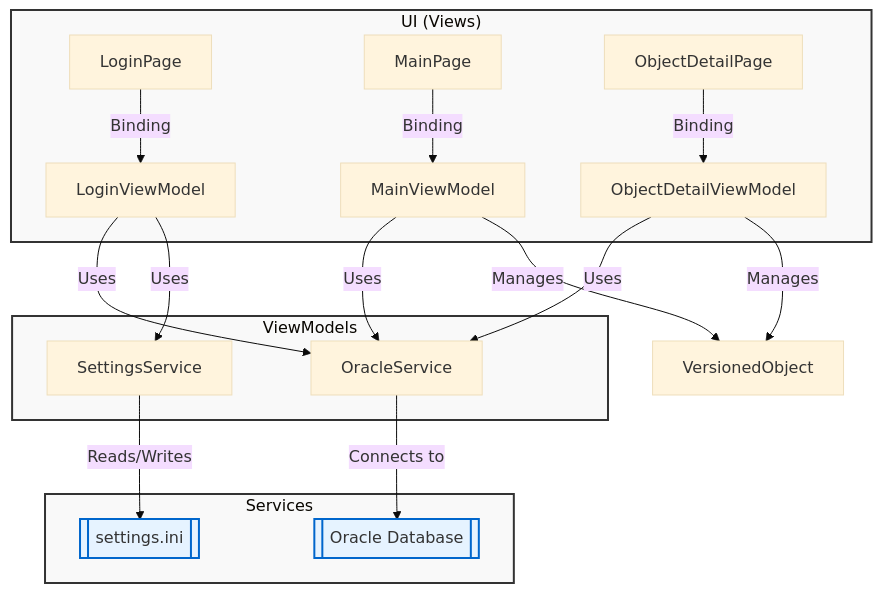
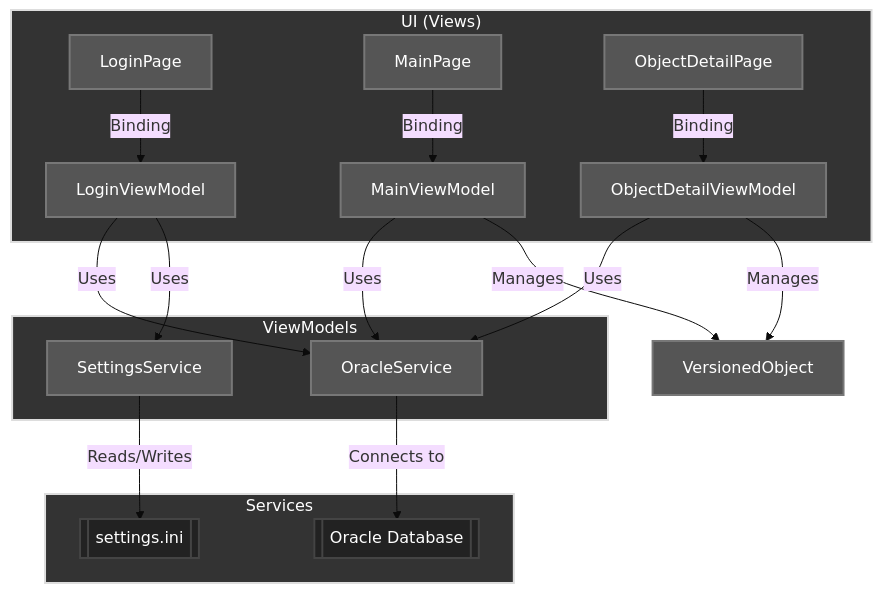
One commit to Alexsander092/Database-Team-Coding changed the diagram in README.md. Above: the diagram before and after it, drawn with Mermaid (base theme).

Commit message:
Update README.md
Flowchart fix

````diff
--- a/README.md
+++ b/README.md
@@ -29,28 +29,30 @@
 ```mermaid
 flowchart TD
     subgraph UI["UI (Views)"]
         LoginPage -->|Binding| LoginViewModel
         MainPage -->|Binding| MainViewModel
         ObjectDetailPage -->|Binding| ObjectDetailViewModel
     end
 
     subgraph ViewModels["ViewModels"]
         LoginViewModel -->|Uses| OracleService
         LoginViewModel -->|Uses| SettingsService
         MainViewModel -->|Uses| OracleService
         ObjectDetailViewModel -->|Uses| OracleService
     end
 
     subgraph Services["Services"]
         OracleService -->|Connects to| OracleDB[[Oracle Database]]
         SettingsService -->|Reads/Writes| SettingsFile[[settings.ini]]
     end
 
     MainViewModel -->|Manages| VersionedObject
     ObjectDetailViewModel -->|Manages| VersionedObject
 
-    classDef box fill:#f9f9f9,stroke:#333,stroke-width:2px;
-    classDef db fill:#e6f3ff,stroke:#0066cc,stroke-width:2px;
+    classDef box fill:#333,stroke:#ddd,stroke-width:2px,color:white;
+    classDef db fill:#222,stroke:#444,stroke-width:2px,color:white;
+    classDef node fill:#555,stroke:#777,stroke-width:2px,color:white;
     class OracleDB,SettingsFile db;
     class UI,ViewModels,Services box;
+    class LoginPage,MainPage,ObjectDetailPage,LoginViewModel,MainViewModel,ObjectDetailViewModel,OracleService,SettingsService,VersionedObject node;
 ```
````
